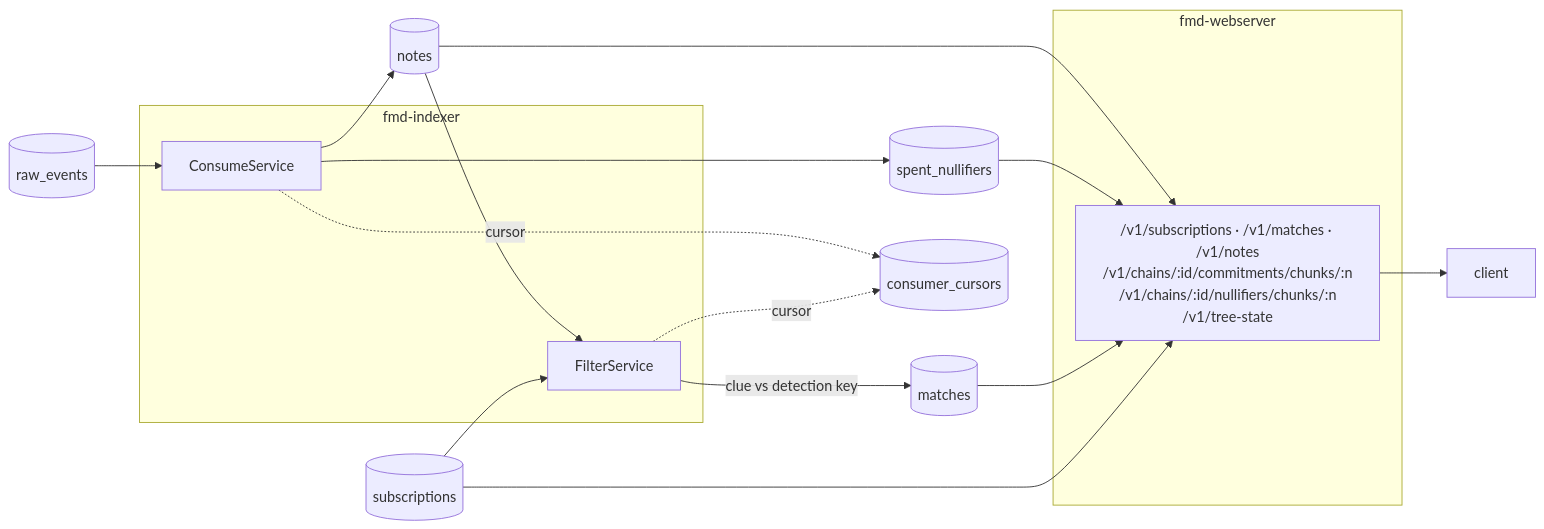
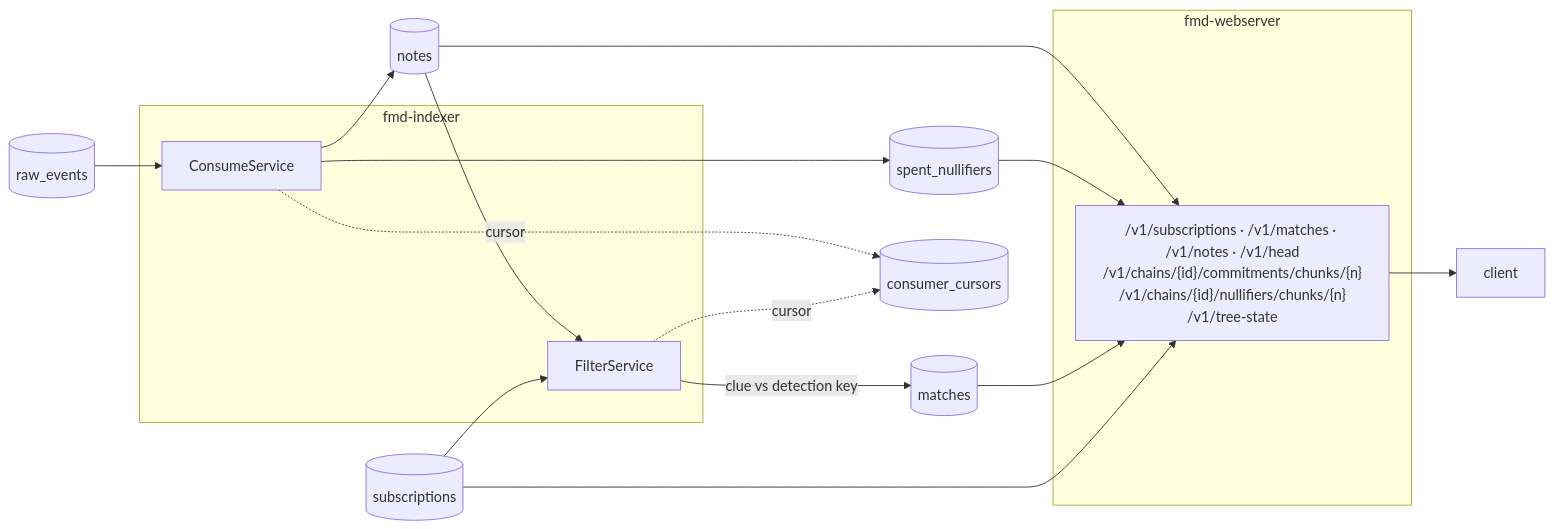
One commit to lelantos-org/backend changed the third of 8 diagrams in README.md. Above: the diagram before and after it, drawn with Mermaid. The commit also changed other lines of this file and 506 other files, not shown here.

````diff
--- a/README.md
+++ b/README.md
@@ -73,23 +73,23 @@
 ```mermaid
 flowchart LR
   subgraph idx["fmd-indexer"]
     C[ConsumeService]
     F[FilterService]
   end
   RAW[(raw_events)] --> C
   C --> N[(notes)]
   C --> SN[(spent_nullifiers)]
   N --> F
   SUB[(subscriptions)] --> F
   F -->|clue vs detection key| M[(matches)]
   C -.cursor.-> CUR[(consumer_cursors)]
   F -.cursor.-> CUR
   subgraph web["fmd-webserver"]
-    R["/v1/subscriptions · /v1/matches · /v1/notes<br/>/v1/chains/:id/commitments/chunks/:n<br/>/v1/chains/:id/nullifiers/chunks/:n<br/>/v1/tree-state"]
+    R["/v1/subscriptions · /v1/matches · /v1/notes · /v1/head<br/>/v1/chains/{id}/commitments/chunks/{n}<br/>/v1/chains/{id}/nullifiers/chunks/{n}<br/>/v1/tree-state"]
   end
   N --> R
   SN --> R
   M --> R
   SUB --> R
   R --> CL[client]
 ```
````
